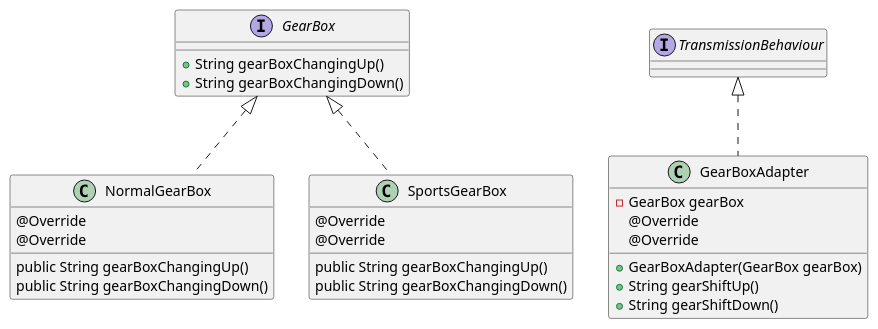
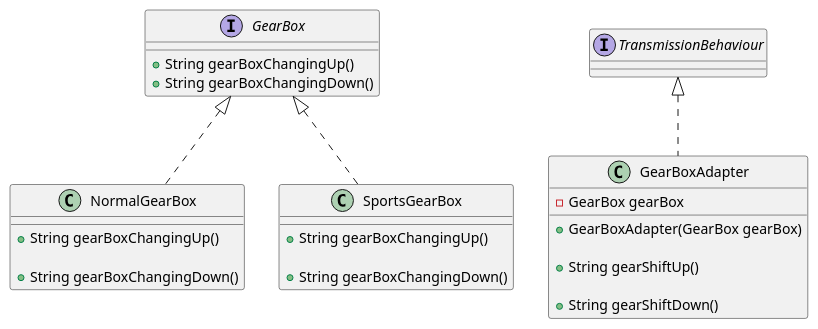
One commit to 43Carrig/Design_Patterns_Car changed the diagram in plantUML/adapter.puml. Above: the diagram before and after it, drawn with PlantUML. The commit also changed 6 other files, not shown here.

Commit message:
Updated the plantUML editing where necessary.

```diff
--- a/plantUML/adapter.puml
+++ b/plantUML/adapter.puml
@@ -1,35 +1,33 @@
 @startuml
 
-
 interface GearBox {
-    +String gearBoxChangingUp()
-    +String gearBoxChangingDown()
+    + String gearBoxChangingUp()
+    + String gearBoxChangingDown()
 }
 
 class GearBoxAdapter implements TransmissionBehaviour {
 
-    -GearBox gearBox
-    +GearBoxAdapter(GearBox gearBox)
-    @Override
-    +String gearShiftUp()
-    @Override
-    +String gearShiftDown()
+    - GearBox gearBox
+
+    + GearBoxAdapter(GearBox gearBox)
+
+    + String gearShiftUp()
+
+    + String gearShiftDown()
 }
 
 class NormalGearBox implements GearBox {
 
-    @Override
-    public String gearBoxChangingUp()
-    @Override
-    public String gearBoxChangingDown()
+    + String gearBoxChangingUp()
+
+    + String gearBoxChangingDown()
 }
 
 class SportsGearBox implements GearBox {
 
-    @Override
-    public String gearBoxChangingUp()
-    @Override
-    public String gearBoxChangingDown()
+    + String gearBoxChangingUp()
+
+    + String gearBoxChangingDown()
 }
 
 @enduml
```
